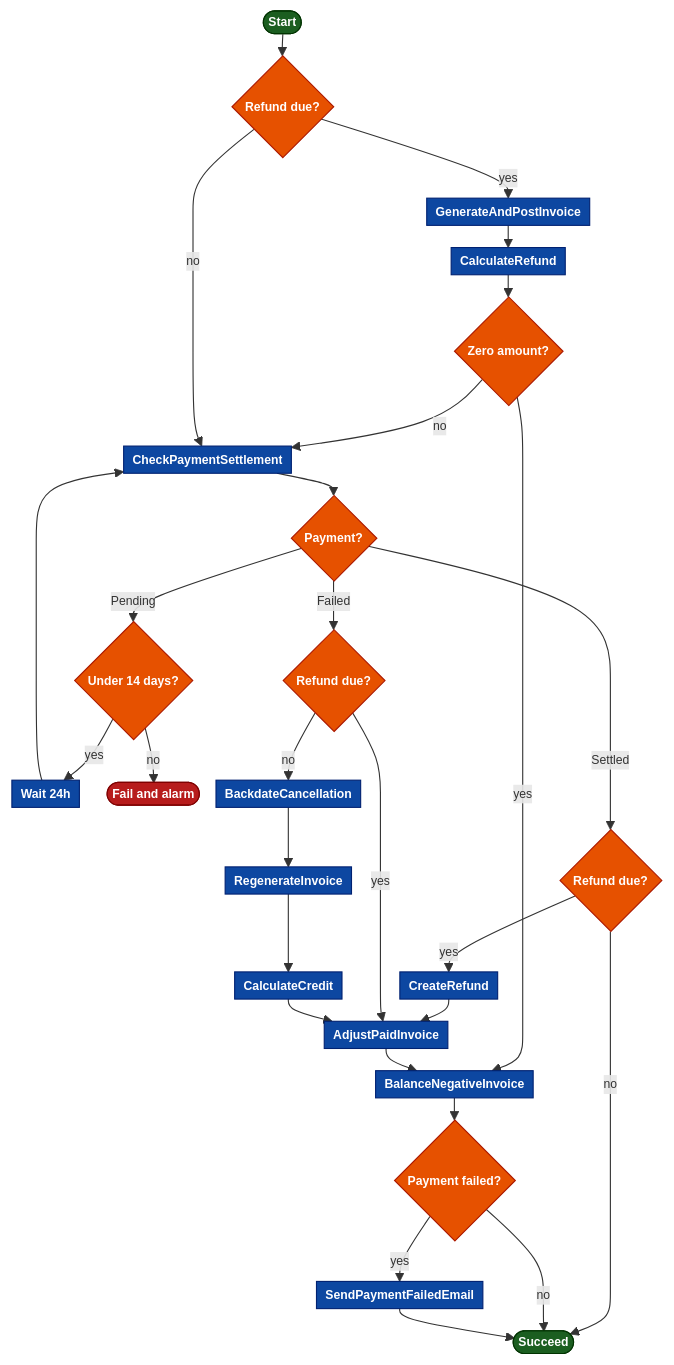
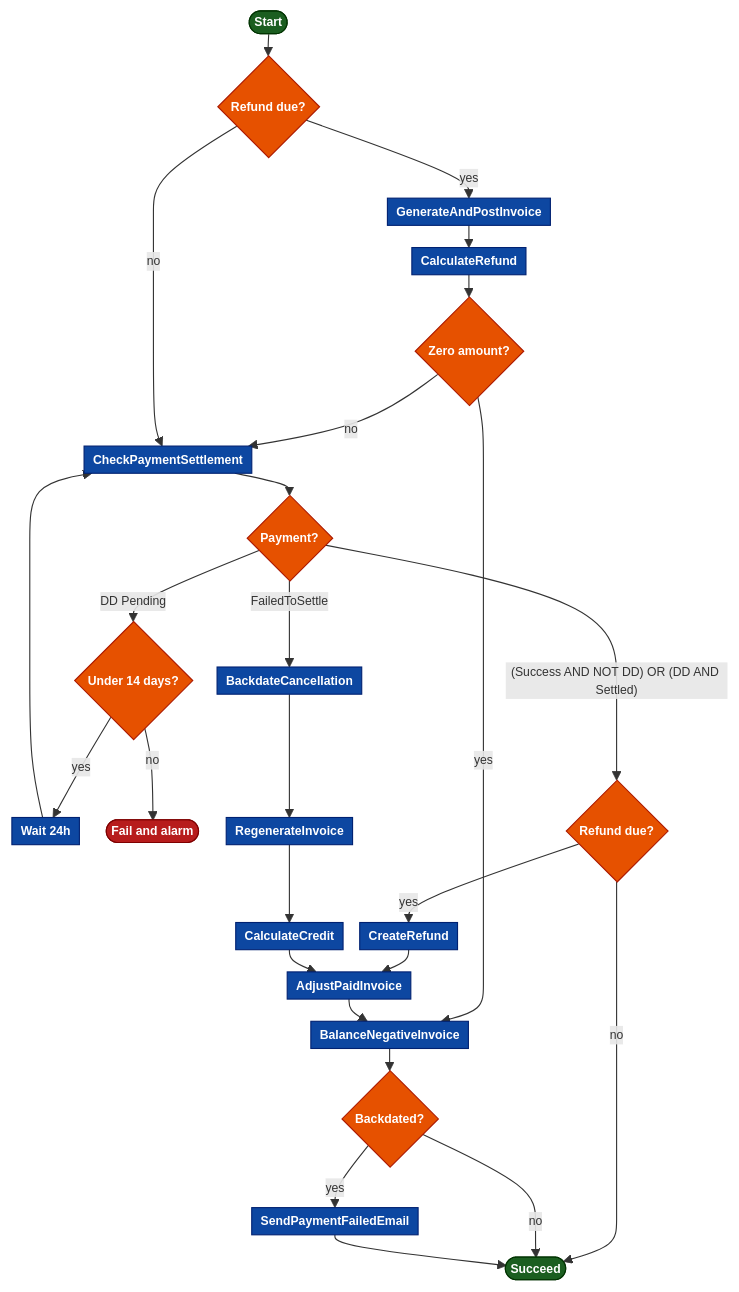
One commit to guardian/support-service-lambdas changed the diagram in handlers/cancellation-api/README.md. Above: the diagram before and after it, drawn with Mermaid. The commit also changed other lines of this file and 3 other files, not shown here.

````diff
--- a/handlers/cancellation-api/README.md
+++ b/handlers/cancellation-api/README.md
@@ -42,40 +42,38 @@
 ```mermaid
 %%{init: {"flowchart": {"nodeSpacing": 15, "rankSpacing": 20, "padding": 4}, "themeVariables": {"fontSize": "11px"}}}%%
 flowchart TD
     start(["Start"]) --> due{"Refund due?"}
     due -->|"yes"| gen["GenerateAndPostInvoice"]
     gen --> calc["CalculateRefund"]
     calc --> zero{"Zero amount?"}
     zero -->|"yes"| balance["BalanceNegativeInvoice"]
     zero -->|"no"| check["CheckPaymentSettlement"]
     due -->|"no"| check
     check --> status{"Payment?"}
-    status -->|"Pending"| days{"Under 14 days?"}
+    status -->|"DD Pending"| days{"Under 14 days?"}
     days -->|"yes"| wait["Wait 24h"]
     wait --> check
     days -->|"no"| fail(["Fail and alarm"])
-    status -->|"Settled"| sdue{"Refund due?"}
+    status -->|"(Success AND NOT DD) OR (DD AND Settled)"| sdue{"Refund due?"}
     sdue -->|"yes"| refund["CreateRefund"]
     sdue -->|"no"| done(["Succeed"])
     refund --> adjust["AdjustPaidInvoice"]
-    status -->|"Failed"| fdue{"Refund due?"}
-    fdue -->|"yes"| adjust
-    fdue -->|"no"| backdate["BackdateCancellation"]
+    status -->|"FailedToSettle"| backdate["BackdateCancellation"]
     backdate --> regen["RegenerateInvoice"]
     regen --> recalc["CalculateCredit"]
     recalc --> adjust
     adjust --> balance
-    balance --> failed{"Payment failed?"}
+    balance --> failed{"Backdated?"}
     failed -->|"yes"| email["SendPaymentFailedEmail"]
     failed -->|"no"| done
     email --> done
 
     classDef task fill:#0d47a1,stroke:#002171,color:#ffffff,font-weight:bold
     classDef terminal fill:#1b5e20,stroke:#003300,color:#ffffff,font-weight:bold
     classDef failure fill:#b71c1c,stroke:#7f0000,color:#ffffff,font-weight:bold
     classDef decision fill:#e65100,stroke:#ac1900,color:#ffffff,font-weight:bold
     class gen,calc,check,refund,adjust,balance,wait,backdate,regen,recalc,email task
     class start,done terminal
     class fail failure
-    class due,zero,status,days,sdue,fdue,failed decision
+    class due,zero,status,days,sdue,failed decision
 ```
````
